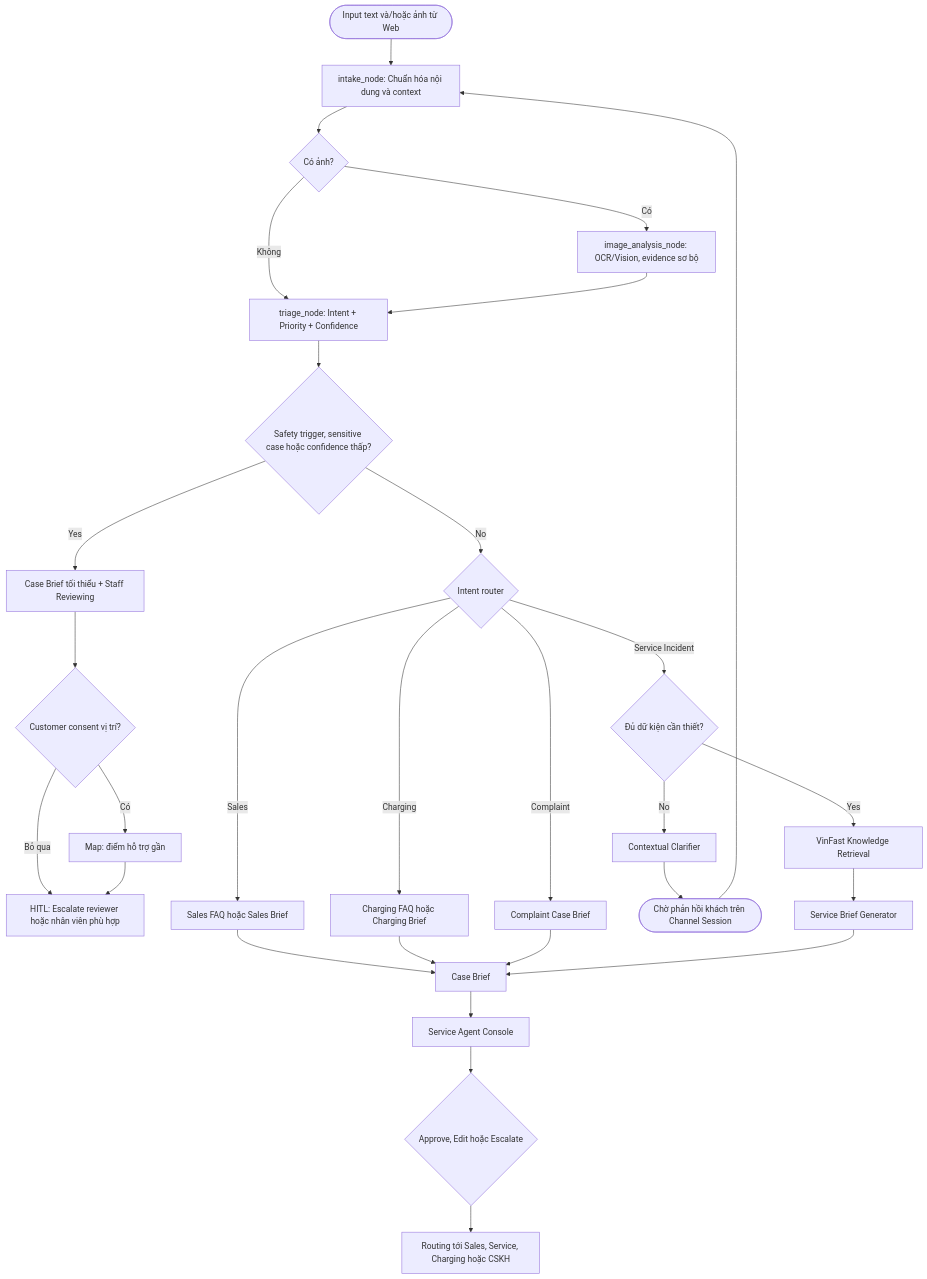
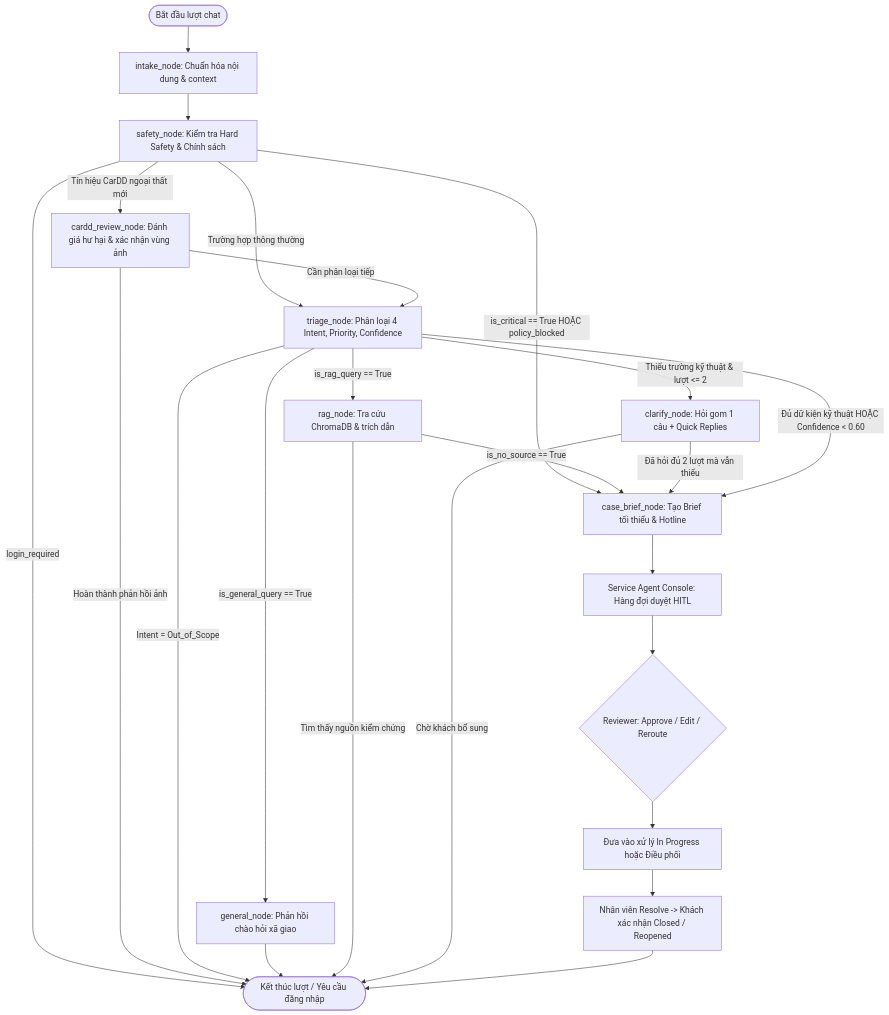
Before and after one commit to TheViet298/viet-ai: the second of 2 diagrams in docs/architecture_diagram.md, drawn with Mermaid. The commit also changed other lines of this file and 13 other files, not shown here.

Commit message:
feat(auth-and-docs): isolate chat sessions, update system activity diagrams, and refine setup documentation

````diff
--- a/docs/architecture_diagram.md
+++ b/docs/architecture_diagram.md
@@ -98,38 +96,33 @@
 ```mermaid
 graph TD
-    START([Input text và/hoặc ảnh từ Web]) --> intake[intake_node: Chuẩn hóa nội dung và context]
-    intake --> image{Có ảnh?}
-    image -->|Có| vision[image_analysis_node: OCR/Vision, evidence sơ bộ]
-    image -->|Không| triage
-    vision --> triage[triage_node: Intent + Priority + Confidence]
+    START([Bắt đầu lượt chat]) --> intake[intake_node: Chuẩn hóa nội dung & context]
+    intake --> safety[safety_node: Kiểm tra Hard Safety & Chính sách]
 
-    triage --> safety{Safety trigger, sensitive case hoặc confidence thấp?}
-    safety -- Yes --> critical_brief[Case Brief tối thiểu + Staff Reviewing]
-    critical_brief --> location_consent{Customer consent vị trí?}
-    location_consent -->|Có| map[Map: điểm hỗ trợ gần]
-    location_consent -->|Bỏ qua| hitl[HITL: Escalate reviewer hoặc nhân viên phù hợp]
-    map --> hitl
+    safety -->|is_critical == True HOẶC policy_blocked| case_brief[case_brief_node: Tạo Brief tối thiểu & Hotline]
+    safety -->|login_required| END([Kết thúc lượt / Yêu cầu đăng nhập])
+    safety -->|Tín hiệu CarDD ngoại thất mới| cardd[cardd_review_node: Đánh giá hư hại & xác nhận vùng ảnh]
+    safety -->|Trường hợp thông thường| triage[triage_node: Phân loại 4 Intent, Priority, Confidence]
 
-    safety -- No --> route{Intent router}
+    cardd -->|Cần phân loại tiếp| triage
+    cardd -->|Hoàn thành phản hồi ảnh| END
 
-    route -- Sales --> sales_rag[Sales FAQ hoặc Sales Brief]
-    route -- Charging --> charging_rag[Charging FAQ hoặc Charging Brief]
-    route -- Complaint --> complaint_brief[Complaint Case Brief]
-    route -- Service Incident --> slot{Đủ dữ kiện cần thiết?}
+    triage -->|Intent = Out_of_Scope| END
+    triage -->|is_general_query == True| general[general_node: Phản hồi chào hỏi xã giao]
+    general --> END
 
-    slot -- No --> clarify[Contextual Clarifier]
-    clarify --> wait([Chờ phản hồi khách trên Channel Session])
-    wait --> intake
+    triage -->|is_rag_query == True| rag[rag_node: Tra cứu ChromaDB & trích dẫn]
+    rag -->|Tìm thấy nguồn kiểm chứng| END
+    rag -->|is_no_source == True| case_brief
 
-    slot -- Yes --> service_rag[VinFast Knowledge Retrieval]
-    service_rag --> service_brief[Service Brief Generator]
+    triage -->|Thiếu trường kỹ thuật & lượt <= 2| clarify[clarify_node: Hỏi gom 1 câu + Quick Replies]
+    clarify -->|Chờ khách bổ sung| END
+    clarify -->|Đã hỏi đủ 2 lượt mà vẫn thiếu| case_brief
 
-    sales_rag --> case_brief[Case Brief]
-    charging_rag --> case_brief
-    complaint_brief --> case_brief
-    service_brief --> case_brief
+    triage -->|Đủ dữ kiện kỹ thuật HOẶC Confidence < 0.60| case_brief
 
-    case_brief --> console[Service Agent Console]
-    console --> reviewer{Approve, Edit hoặc Escalate}
-    reviewer --> dispatch[Routing tới Sales, Service, Charging hoặc CSKH]
+    case_brief --> console[Service Agent Console: Hàng đợi duyệt HITL]
+    console --> reviewer{Reviewer: Approve / Edit / Reroute}
+    reviewer --> dispatch[Đưa vào xử lý In Progress hoặc Điều phối]
+    dispatch --> resolve[Nhân viên Resolve -> Khách xác nhận Closed / Reopened]
+    resolve --> END
 ```
````
